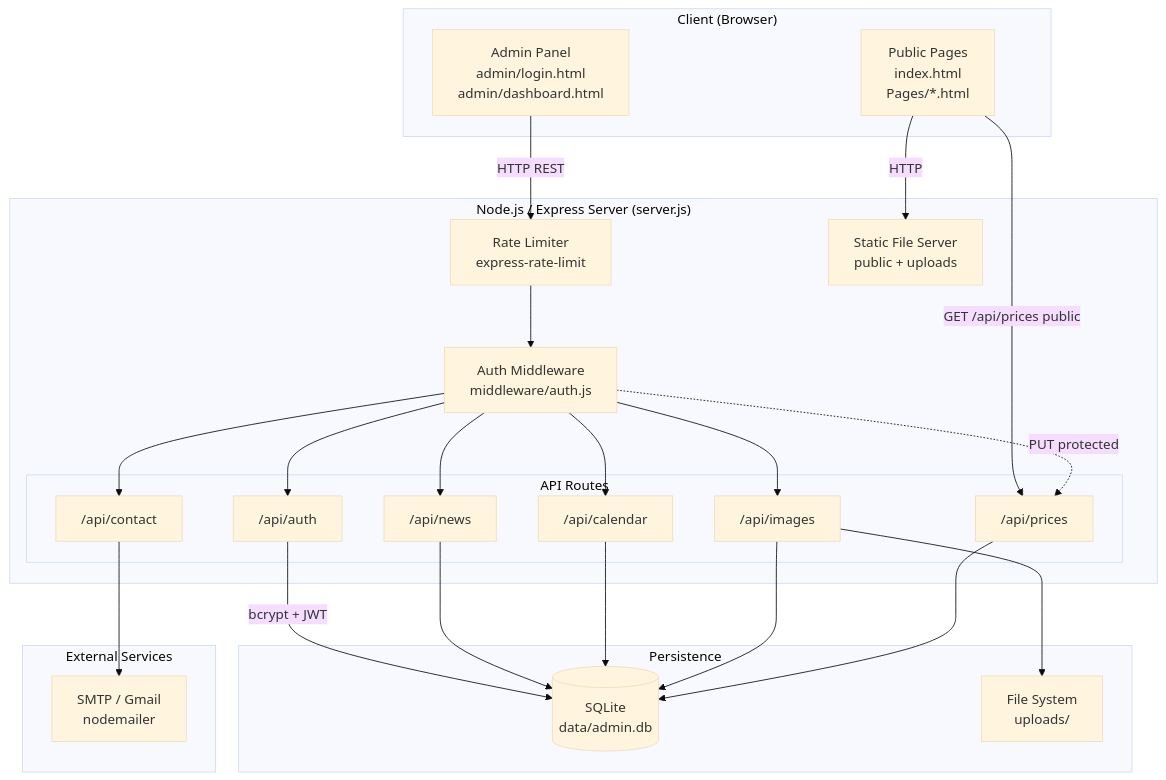
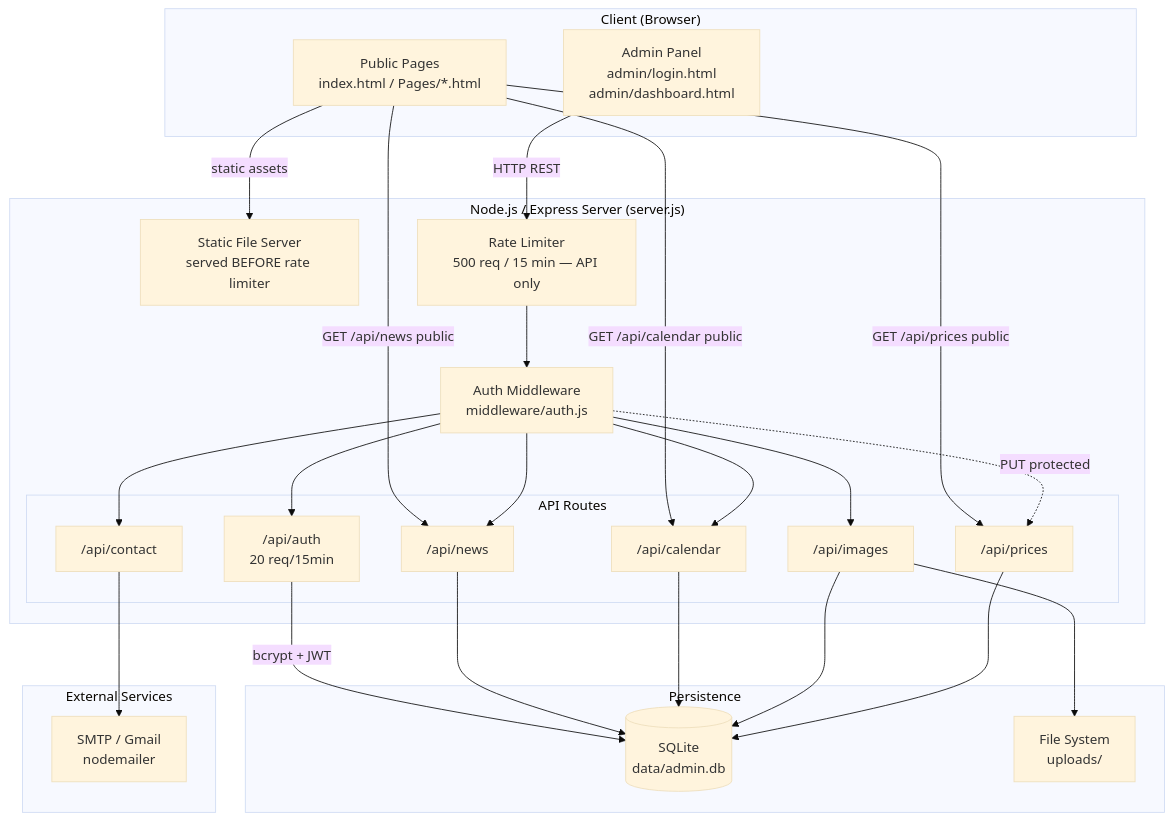
The first of 4 diagrams in Docs/Architecture.md (aairom/ajj-clone), drawn with Mermaid (base theme) before and after one commit. The commit also changed other lines of this file and 5 other files, not shown here.

````diff
--- a/Docs/Architecture.md
+++ b/Docs/Architecture.md
@@ -5,50 +5,52 @@
 ```mermaid
 graph TB
     subgraph Client["Client (Browser)"]
-        PUB[Public Pages<br/>index.html<br/>Pages/*.html]
+        PUB[Public Pages<br/>index.html / Pages/*.html]
         ADM[Admin Panel<br/>admin/login.html<br/>admin/dashboard.html]
     end
 
     subgraph Server["Node.js / Express Server (server.js)"]
-        RL[Rate Limiter<br/>express-rate-limit]
+        STATIC[Static File Server<br/>served BEFORE rate limiter]
+        RL[Rate Limiter<br/>500 req / 15 min — API only]
         AUTH_MW[Auth Middleware<br/>middleware/auth.js]
-        STATIC[Static File Server<br/>public + uploads]
 
         subgraph Routes["API Routes"]
-            R_AUTH["/api/auth"]
+            R_AUTH["/api/auth<br/>20 req/15min"]
             R_NEWS["/api/news"]
             R_CAL["/api/calendar"]
             R_CONTACT["/api/contact"]
             R_IMG["/api/images"]
             R_PRC["/api/prices"]
         end
     end
 
     subgraph Storage["Persistence"]
         DB[(SQLite<br/>data/admin.db)]
         FS[File System<br/>uploads/]
     end
 
     subgraph External["External Services"]
         SMTP[SMTP / Gmail<br/>nodemailer]
     end
 
-    PUB -->|HTTP| STATIC
+    PUB -->|static assets| STATIC
+    PUB -->|GET /api/news public| R_NEWS
+    PUB -->|GET /api/calendar public| R_CAL
     PUB -->|GET /api/prices public| R_PRC
     ADM -->|HTTP REST| RL
     RL --> AUTH_MW
     AUTH_MW --> R_AUTH
     AUTH_MW --> R_NEWS
     AUTH_MW --> R_CAL
     AUTH_MW --> R_CONTACT
     AUTH_MW --> R_IMG
     AUTH_MW -.->|PUT protected| R_PRC
 
     R_AUTH -->|bcrypt + JWT| DB
     R_NEWS --> DB
     R_CAL --> DB
     R_IMG --> DB
     R_PRC --> DB
     R_IMG --> FS
     R_CONTACT --> SMTP
 ```
````
